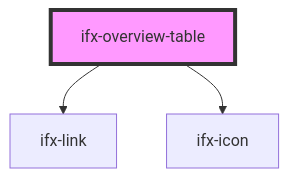
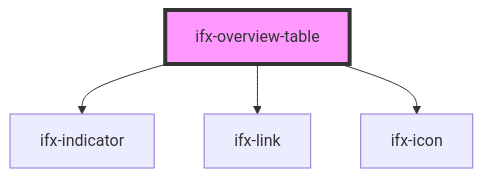
One commit to Infineon/infineon-design-system-stencil changed the diagram in packages/components/src/components/overview-table/readme.md. Above: the diagram before and after it, drawn with Mermaid. The commit also changed other lines of this file and 5 other files, not shown here.

````diff
--- a/packages/components/src/components/overview-table/readme.md
+++ b/packages/components/src/components/overview-table/readme.md
@@ -16,6 +17,7 @@
 ```mermaid
 graph TD;
+  ifx-overview-table --> ifx-indicator
   ifx-overview-table --> ifx-link
   ifx-overview-table --> ifx-icon
   style ifx-overview-table fill:#f9f,stroke:#333,stroke-width:4px
 ```
````
